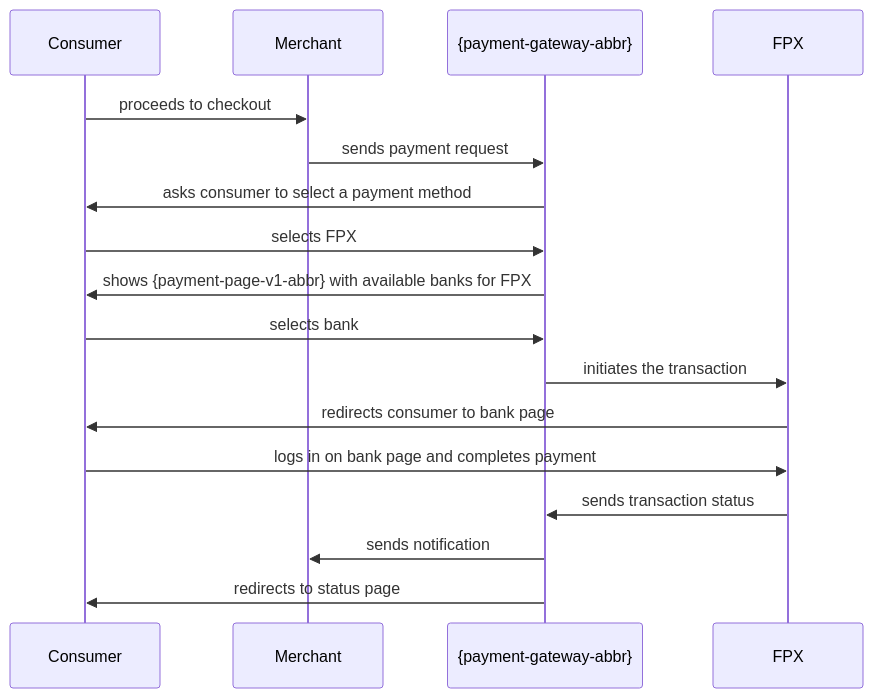
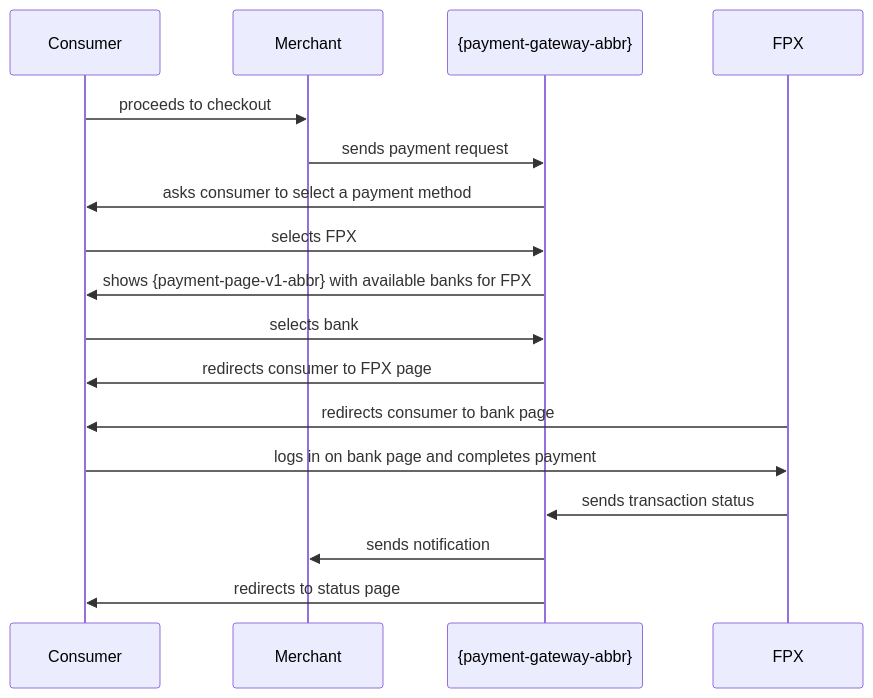
Before and after one commit to wirecard/merchant-documentation-gateway: the diagram in 11-47-fpx.adoc, drawn with Mermaid. The commit also changed other lines of this file and 2 other files, not shown here.

Commit message:
Update workflows and respective descriptions

```diff
--- a/11-47-fpx.adoc
+++ b/11-47-fpx.adoc
@@ -66,20 +66,20 @@
 [mermaid, CC_Fields_intro_elements_parentchild,svg,subs=attributes+]
 ----
 sequenceDiagram
     participant Consumer
     participant Merchant
     participant {payment-gateway-abbr}
     participant FPX
 Consumer->>Merchant: proceeds to checkout
 Merchant->>{payment-gateway-abbr}: sends payment request
 {payment-gateway-abbr}->>Consumer: asks consumer to select a payment method
 Consumer->>{payment-gateway-abbr}: selects FPX
 {payment-gateway-abbr}->> Consumer: shows {payment-page-v1-abbr} with available banks for FPX
 Consumer->>{payment-gateway-abbr}: selects bank
-{payment-gateway-abbr}->>FPX: initiates the transaction
+{payment-gateway-abbr}->>Consumer: redirects consumer to FPX page
 FPX->>Consumer: redirects consumer to bank page
 Consumer->>FPX: logs in on bank page and completes payment
 FPX->>{payment-gateway-abbr}: sends transaction status
 {payment-gateway-abbr}->>Merchant: sends notification
 {payment-gateway-abbr}->>Consumer: redirects to status page
 ----
```
